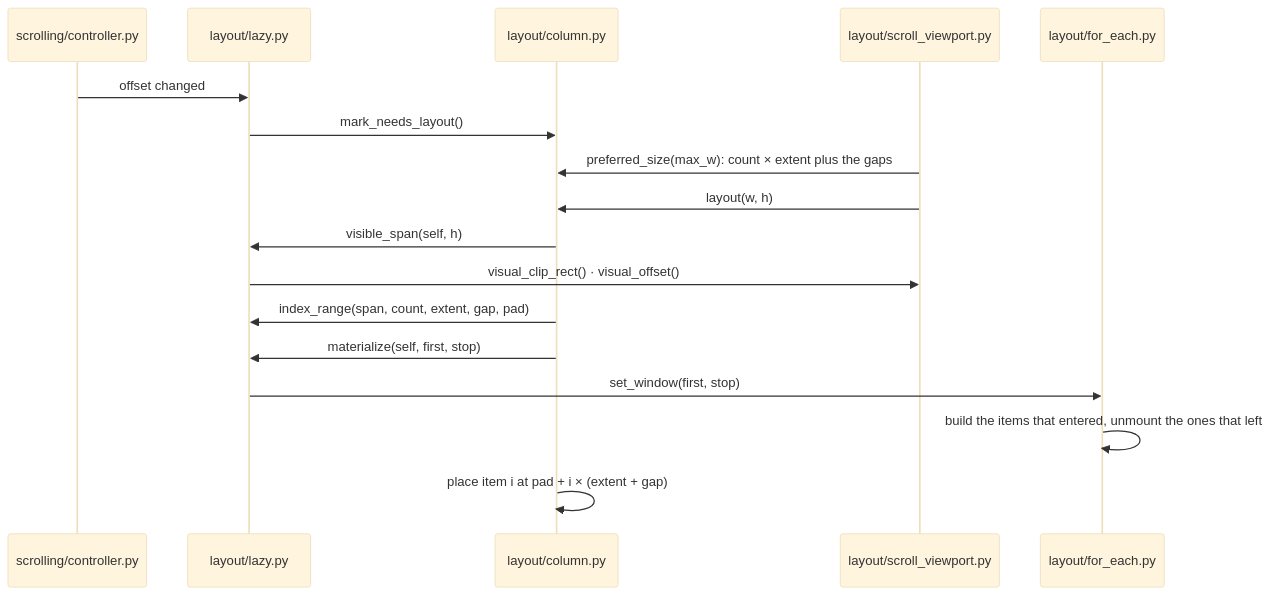
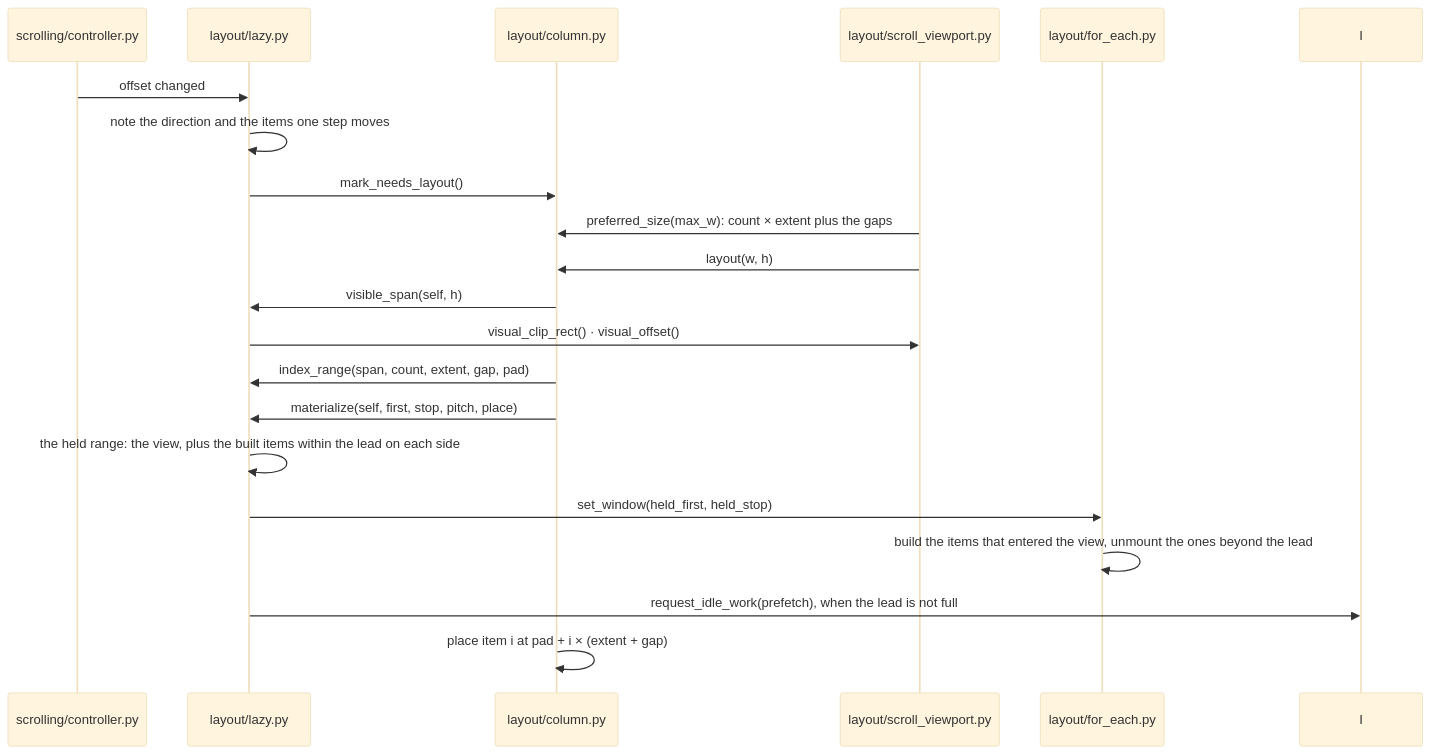
The sixth of 10 diagrams in docs/design/LAYOUT.md (yuksblog/nuiitivet), drawn with Mermaid (base theme) before and after one commit. The commit also changed other lines of this file and 16 other files, not shown here.

First line of the commit message:
perf(layout): a lazy container builds ahead of the view in idle time

````diff
--- a/docs/design/LAYOUT.md
+++ b/docs/design/LAYOUT.md
@@ -192,20 +197,23 @@
 ```mermaid
 sequenceDiagram
     participant S as scrolling/controller.py
     participant L as layout/lazy.py
     participant C as layout/column.py
     participant V as layout/scroll_viewport.py
     participant F as layout/for_each.py
 
     S->>L: offset changed
+    L->>L: note the direction and the items one step moves
     L->>C: mark_needs_layout()
     V->>C: preferred_size(max_w): count × extent plus the gaps
     V->>C: layout(w, h)
     C->>L: visible_span(self, h)
     L->>V: visual_clip_rect() · visual_offset()
     C->>L: index_range(span, count, extent, gap, pad)
-    C->>L: materialize(self, first, stop)
-    L->>F: set_window(first, stop)
-    F->>F: build the items that entered, unmount the ones that left
+    C->>L: materialize(self, first, stop, pitch, place)
+    L->>L: the held range: the view, plus the built items within the lead on each side
+    L->>F: set_window(held_first, held_stop)
+    F->>F: build the items that entered the view, unmount the ones beyond the lead
+    L->>I: request_idle_work(prefetch), when the lead is not full
     C->>C: place item i at pad + i × (extent + gap)
 ```
````
